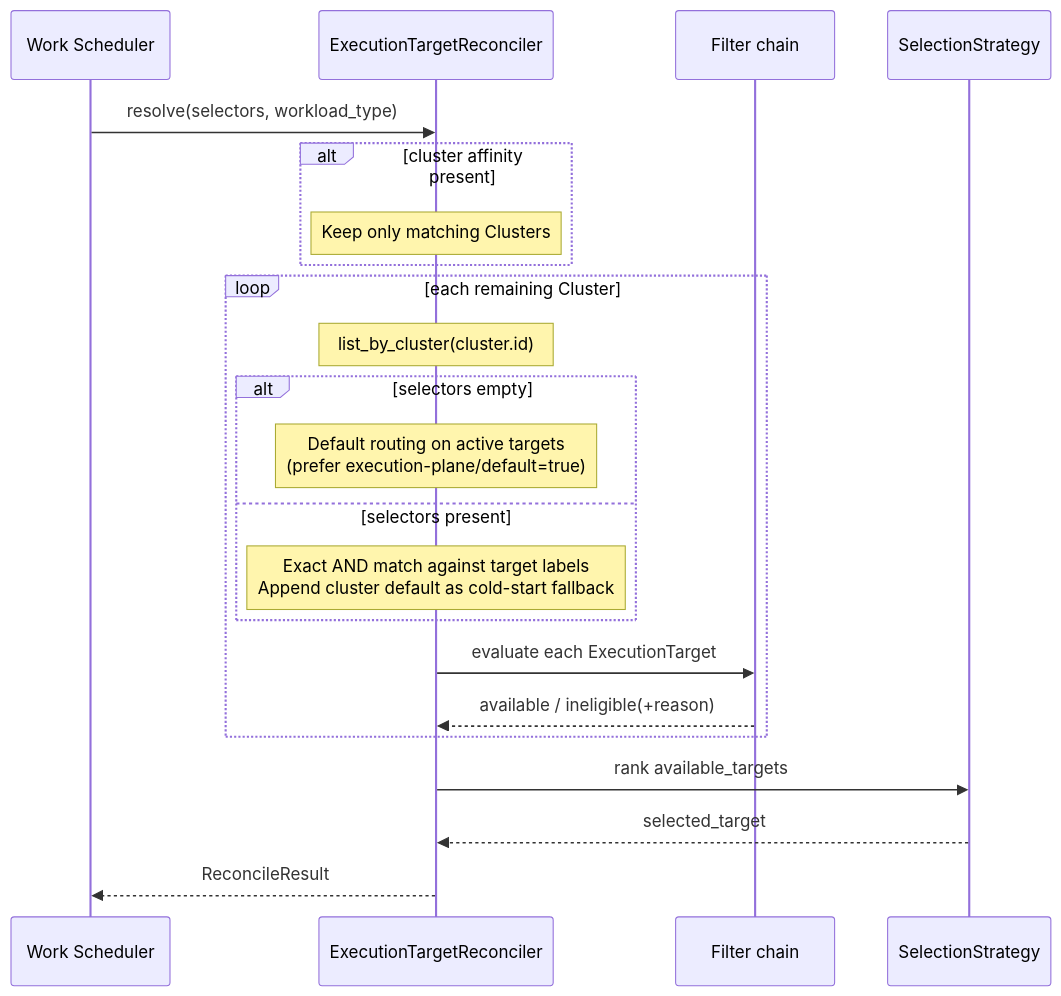
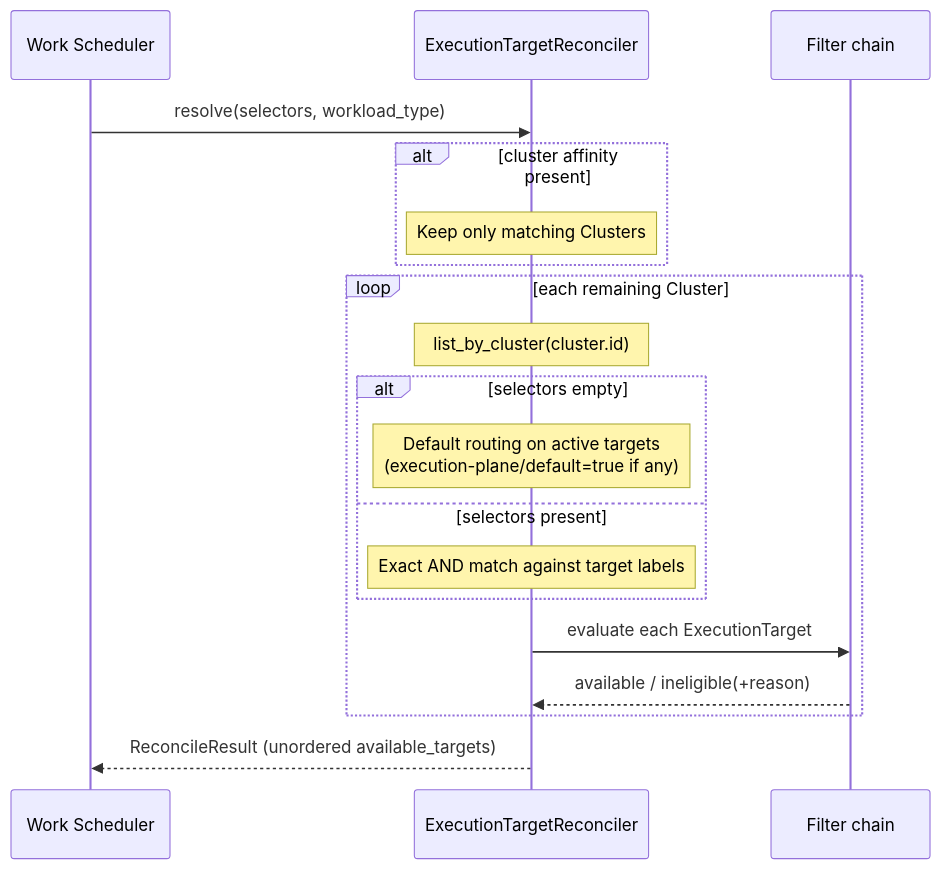
Before and after one commit to syntara-orchestration/syntara: the third of 3 diagrams in backend/docs/execution-plane/pool-reconciler.md, drawn with Mermaid. The commit also changed other lines of this file, not shown here.

First line of the commit message:
docs(AAP-92721): drop reconciler-side target ordering

````diff
--- a/backend/docs/execution-plane/pool-reconciler.md
+++ b/backend/docs/execution-plane/pool-reconciler.md
@@ -499,28 +502,25 @@
 ```mermaid
 sequenceDiagram
     participant S as Work Scheduler
     participant R as ExecutionTargetReconciler
     participant F as Filter chain
-    participant St as SelectionStrategy
 
     S->>R: resolve(selectors, workload_type)
 
     alt cluster affinity present
         Note over R: Keep only matching Clusters
     end
 
     loop each remaining Cluster
         Note over R: list_by_cluster(cluster.id)
         alt selectors empty
-            Note over R: Default routing on active targets<br/>(prefer execution-plane/default=true)
+            Note over R: Default routing on active targets<br/>(execution-plane/default=true if any)
         else selectors present
-            Note over R: Exact AND match against target labels<br/>Append cluster default as cold-start fallback
+            Note over R: Exact AND match against target labels
         end
         R->>F: evaluate each ExecutionTarget
         F-->>R: available / ineligible(+reason)
     end
 
-    R->>St: rank available_targets
-    St-->>R: selected_target
-    R-->>S: ReconcileResult
+    R-->>S: ReconcileResult (unordered available_targets)
 ```
````
